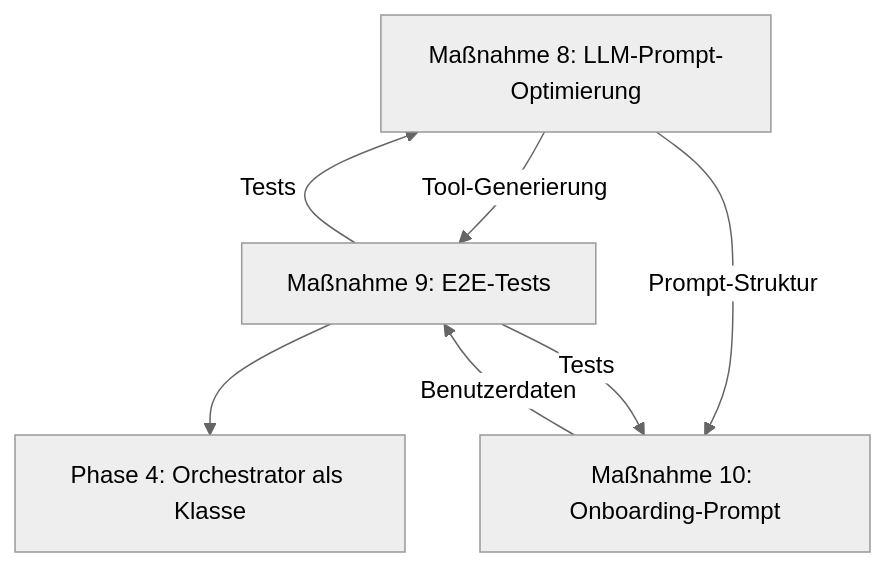
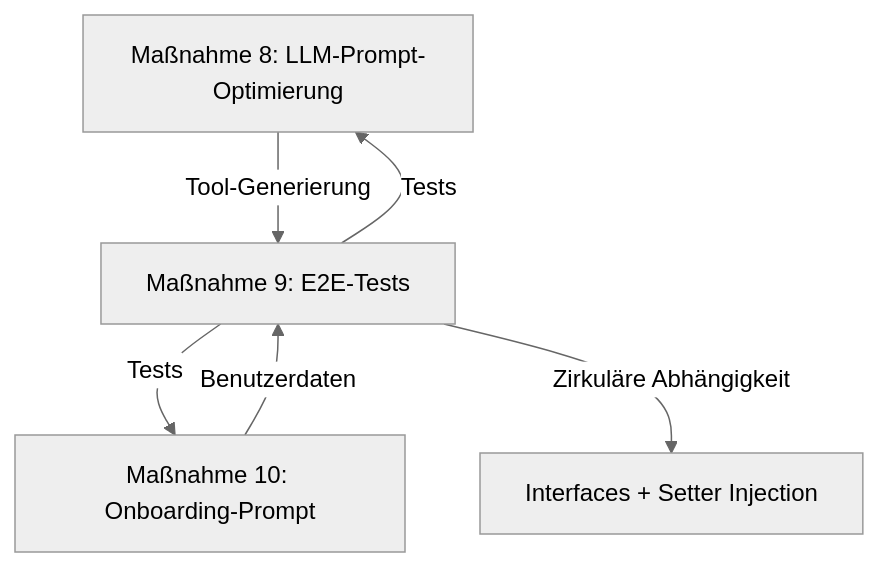
One commit to Jens-Smit/EVIE changed the diagram in docs/ROADMAP_PHASE3.md. Above: the diagram before and after it, drawn with Mermaid (neutral theme). The commit also changed other lines of this file, not shown here.

Commit message:
Update ROADMAP_PHASE3.md with complete Phase 3 implementation including circular dependency fix

````diff
--- a/docs/ROADMAP_PHASE3.md
+++ b/docs/ROADMAP_PHASE3.md
@@ -351,9 +299,8 @@
 ```mermaid
 graph TD
     A[Maßnahme 8: LLM-Prompt-Optimierung] -->|Tool-Generierung| B[Maßnahme 9: E2E-Tests]
     C[Maßnahme 10: Onboarding-Prompt] -->|Benutzerdaten| B
-    B --> D[Phase 4: Orchestrator als Klasse]
-    A -->|Prompt-Struktur| C
     B -->|Tests| A
     B -->|Tests| C
+    B -->|Zirkuläre Abhängigkeit| D[Interfaces + Setter Injection]
 ```
````
